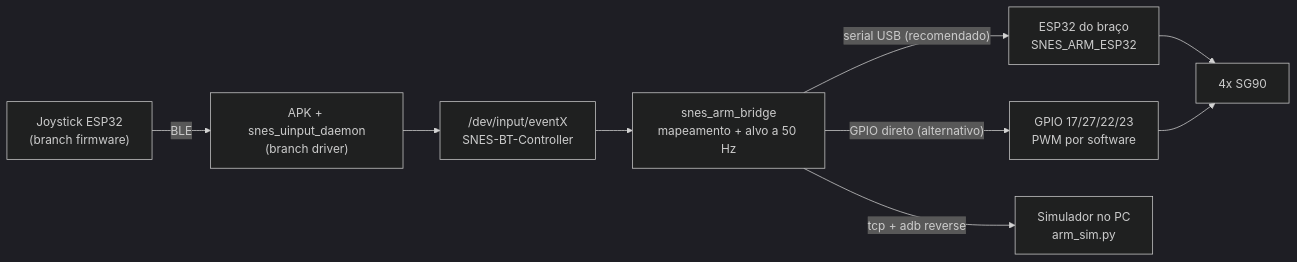
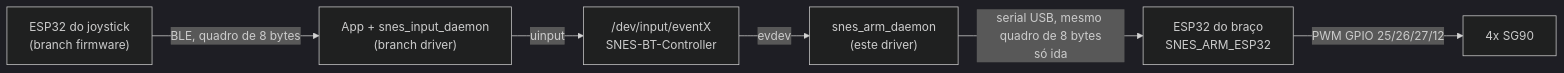
The diagram in braco/README.md (ThiagoChaves517/DevTITANS_Equipe-3_-Joystick-no-Raspberry), drawn with Mermaid (dark theme) before and after one commit. The commit also changed other lines of this file and 58 other files, not shown here.

First line of the commit message:
braco: snes_arm_daemon — 2º driver repassa os 16 bits do controle ao braço

````diff
--- a/braco/README.md
+++ b/braco/README.md
@@ -11,11 +12,8 @@
 ```mermaid
 flowchart LR
-    J["Joystick ESP32<br/>(branch firmware)"] -->|BLE| A["APK + snes_uinput_daemon<br/>(branch driver)"]
-    A --> E["/dev/input/eventX<br/>SNES-BT-Controller"]
-    E --> B["snes_arm_bridge<br/>mapeamento + alvo a 50 Hz"]
-    B -->|"serial USB (recomendado)"| S["ESP32 do braço<br/>SNES_ARM_ESP32"]
-    B -->|"GPIO direto (alternativo)"| G["GPIO 17/27/22/23<br/>PWM por software"]
-    B -->|"tcp + adb reverse"| M["Simulador no PC<br/>arm_sim.py"]
-    S --> R["4x SG90"]
-    G --> R
+    J["ESP32 do joystick<br/>(branch firmware)"] -->|"BLE, quadro de 8 bytes"| A["App + snes_input_daemon<br/>(branch driver)"]
+    A -->|uinput| E["/dev/input/eventX<br/>SNES-BT-Controller"]
+    E -->|evdev| D["snes_arm_daemon<br/>(este driver)"]
+    D -->|"serial USB, mesmo quadro de 8 bytes<br/>só ida"| S["ESP32 do braço<br/>SNES_ARM_ESP32"]
+    S -->|"PWM GPIO 25/26/27/12"| R["4x SG90"]
 ```
````
